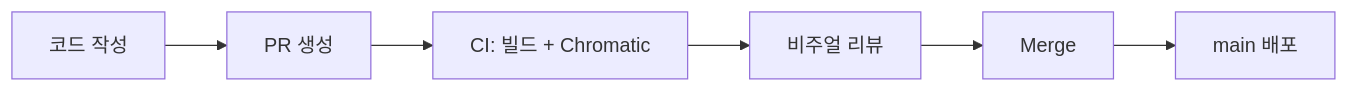
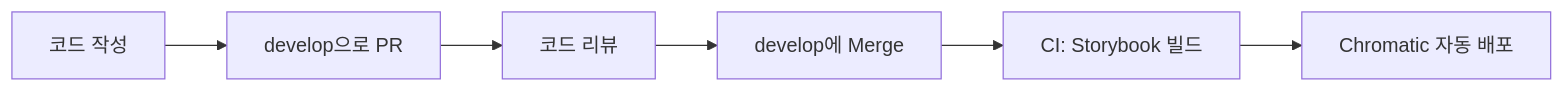
Before and after one commit to mytalkgitadmin/ax-design-system: the diagram in README.md, drawn with Mermaid. The commit also changed other lines of this file and 1 other file, not shown here.

````diff
--- a/README.md
+++ b/README.md
@@ -81,8 +81,8 @@
 ```mermaid
 graph LR
-    A[코드 작성] --> B[PR 생성]
-    B --> C[CI: 빌드 + Chromatic]
-    C --> D[비주얼 리뷰]
-    D --> E[Merge]
-    E --> F[main 배포]
+    A[코드 작성] --> B[develop으로 PR]
+    B --> C[코드 리뷰]
+    C --> D[develop에 Merge]
+    D --> E[CI: Storybook 빌드]
+    E --> F[Chromatic 자동 배포]
 ```
````
